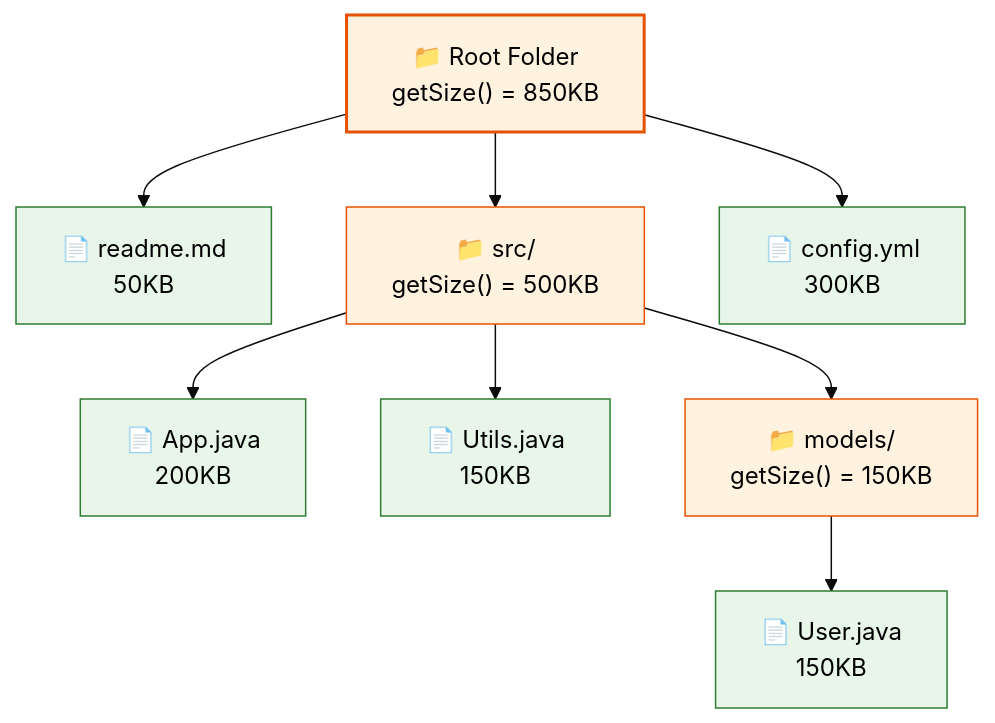
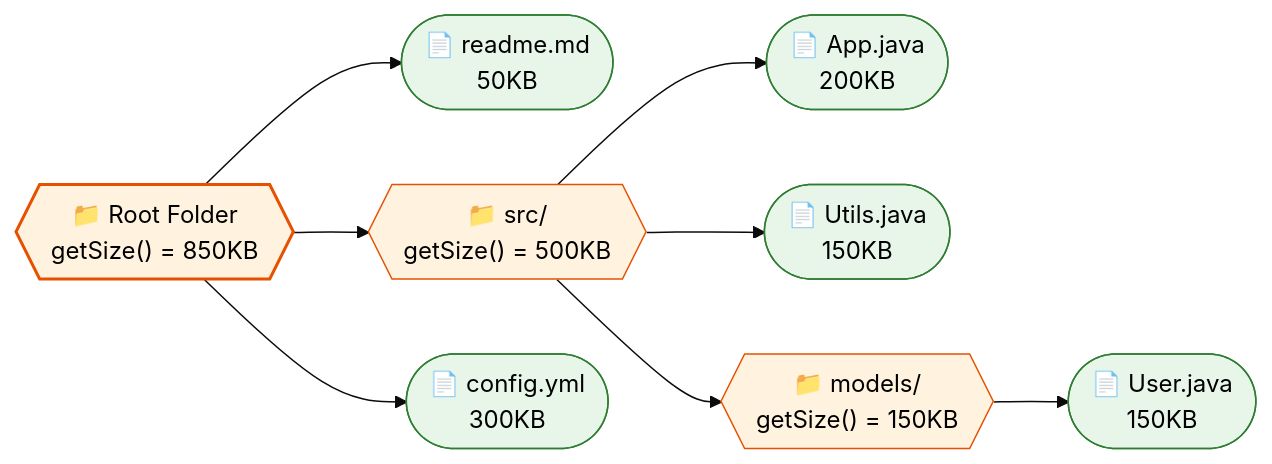
Before and after one commit to saivamsikaruturi/vamsilabs-dev-notes-main: the first of 4 diagrams in docs/designpatterns/structuralDesignPatterns/CompositeDesignPattern.md, drawn with Mermaid (base theme). The commit also changed other lines of this file and 146 other files, not shown here.

Commit message:
Horizontal diagrams, UML class diagrams, typography overhaul, and permalink cleanup

````diff
--- a/docs/designpatterns/structuralDesignPatterns/CompositeDesignPattern.md
+++ b/docs/designpatterns/structuralDesignPatterns/CompositeDesignPattern.md
@@ -12,20 +12,20 @@
 ```mermaid
-flowchart TD
-    Root["📁 Root Folder<br/>getSize() = 850KB"]
-    Root --> F1["📄 readme.md<br/>50KB"]
-    Root --> Src["📁 src/<br/>getSize() = 500KB"]
-    Root --> F2["📄 config.yml<br/>300KB"]
-    Src --> S1["📄 App.java<br/>200KB"]
-    Src --> S2["📄 Utils.java<br/>150KB"]
-    Src --> Sub["📁 models/<br/>getSize() = 150KB"]
-    Sub --> M1["📄 User.java<br/>150KB"]
+flowchart LR
+    Root{{"📁 Root Folder<br/>getSize() = 850KB"}}
+    Root --> F1(["📄 readme.md<br/>50KB"])
+    Root --> Src{{"📁 src/<br/>getSize() = 500KB"}}
+    Root --> F2(["📄 config.yml<br/>300KB"])
+    Src --> S1(["📄 App.java<br/>200KB"])
+    Src --> S2(["📄 Utils.java<br/>150KB"])
+    Src --> Sub{{"📁 models/<br/>getSize() = 150KB"}}
+    Sub --> M1(["📄 User.java<br/>150KB"])
     
     style Root fill:#FFF3E0,stroke:#E65100,stroke-width:2px,color:#000
     style Src fill:#FFF3E0,stroke:#E65100,color:#000
     style Sub fill:#FFF3E0,stroke:#E65100,color:#000
     style F1 fill:#E8F5E9,stroke:#2E7D32,color:#000
     style F2 fill:#E8F5E9,stroke:#2E7D32,color:#000
     style S1 fill:#E8F5E9,stroke:#2E7D32,color:#000
     style S2 fill:#E8F5E9,stroke:#2E7D32,color:#000
     style M1 fill:#E8F5E9,stroke:#2E7D32,color:#000
 ```
````
